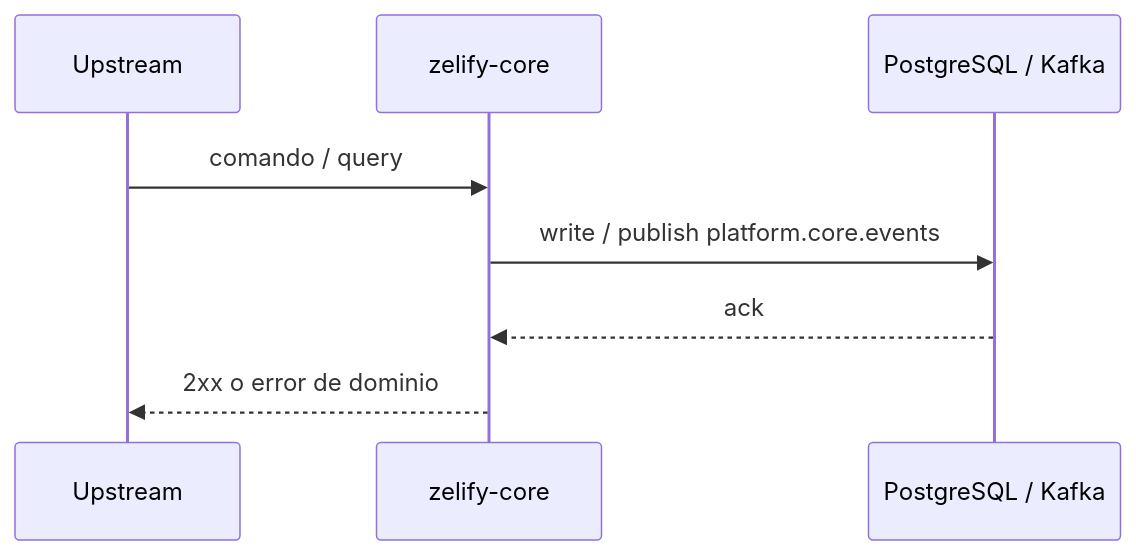
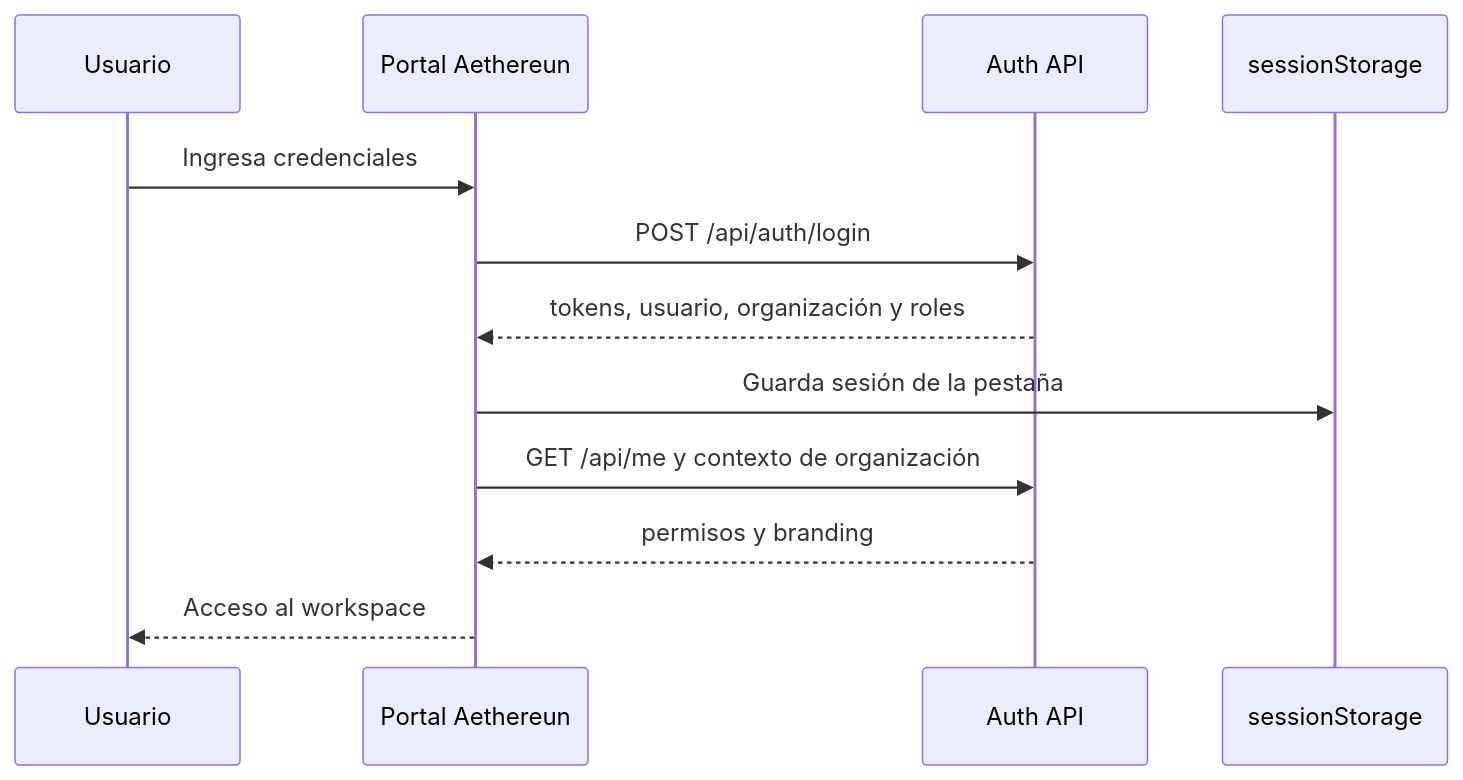
One commit to zelify-dev/investark-mdc-dashboard changed the third of 8 diagrams in README.md. Above: the diagram before and after it, drawn with Mermaid. The commit also changed other lines of this file and 101 other files, not shown here.

````diff
--- a/README.md
+++ b/README.md
@@ -38,10 +88,15 @@
 ```mermaid
 sequenceDiagram
-  participant Caller as Upstream
-  participant S as zelify-core
-  participant Store as PostgreSQL / Kafka
-  Caller->>S: comando / query
-  S->>Store: write / publish platform.core.events
-  Store-->>S: ack
-  S-->>Caller: 2xx o error de dominio
+  participant U as Usuario
+  participant UI as Portal Aethereun
+  participant Auth as Auth API
+  participant Store as sessionStorage
+
+  U->>UI: Ingresa credenciales
+  UI->>Auth: POST /api/auth/login
+  Auth-->>UI: tokens, usuario, organización y roles
+  UI->>Store: Guarda sesión de la pestaña
+  UI->>Auth: GET /api/me y contexto de organización
+  Auth-->>UI: permisos y branding
+  UI-->>U: Acceso al workspace
 ```
````
